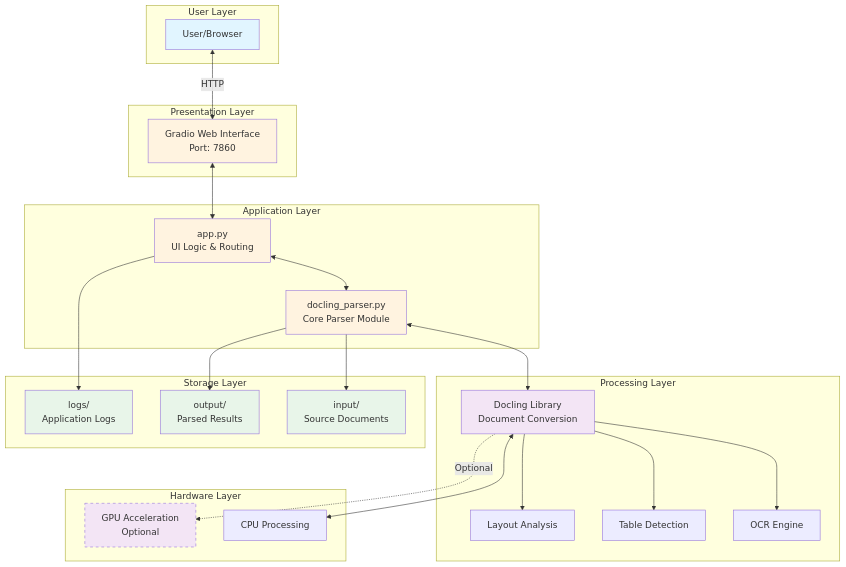
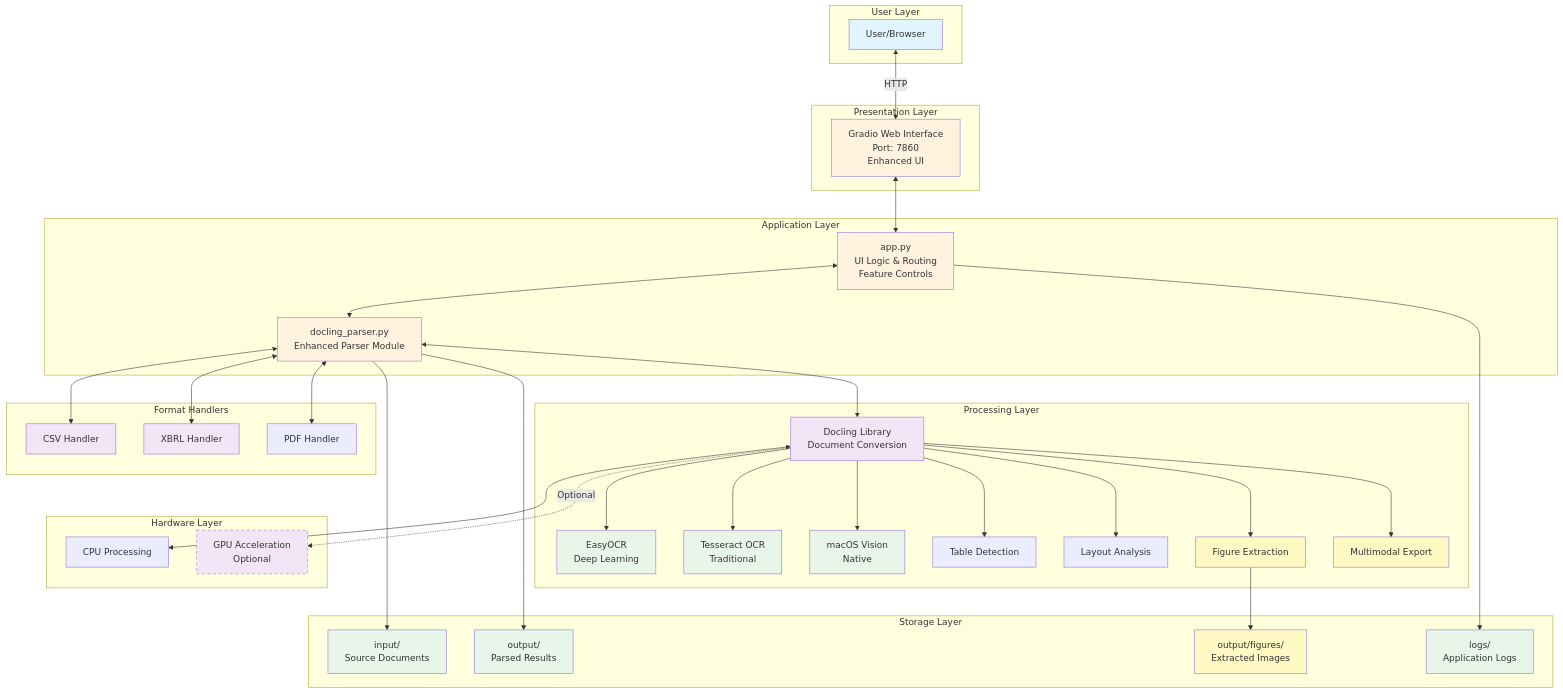
The first of 3 diagrams in docs/ARCHITECTURE.md (aairom/docling-factory), drawn with Mermaid before and after one commit. The commit also changed other lines of this file and 17 other files, not shown here.

````diff
--- a/docs/ARCHITECTURE.md
+++ b/docs/ARCHITECTURE.md
@@ -11,19 +11,29 @@
     end
     
     subgraph "Presentation Layer"
-        GRADIO[Gradio Web Interface<br/>Port: 7860]
+        GRADIO[Gradio Web Interface<br/>Port: 7860<br/>Enhanced UI]
     end
     
     subgraph "Application Layer"
-        APP[app.py<br/>UI Logic & Routing]
-        PARSER[docling_parser.py<br/>Core Parser Module]
+        APP[app.py<br/>UI Logic & Routing<br/>Feature Controls]
+        PARSER[docling_parser.py<br/>Enhanced Parser Module]
     end
     
     subgraph "Processing Layer"
         DOCLING[Docling Library<br/>Document Conversion]
-        OCR[OCR Engine]
+        OCR_EASY[EasyOCR<br/>Deep Learning]
+        OCR_TESS[Tesseract OCR<br/>Traditional]
+        OCR_MAC[macOS Vision<br/>Native]
         TABLE[Table Detection]
         LAYOUT[Layout Analysis]
+        FIG_EXT[Figure Extraction]
+        MULTI[Multimodal Export]
+    end
+    
+    subgraph "Format Handlers"
+        CSV_H[CSV Handler]
+        XBRL_H[XBRL Handler]
+        PDF_H[PDF Handler]
     end
     
     subgraph "Hardware Layer"
@@ -34,6 +44,7 @@
     subgraph "Storage Layer"
         INPUT[input/<br/>Source Documents]
         OUTPUT[output/<br/>Parsed Results]
+        FIGURES[output/figures/<br/>Extracted Images]
         LOGS[logs/<br/>Application Logs]
     end
     
@@ -41,13 +52,21 @@
     GRADIO <--> APP
     APP <--> PARSER
     PARSER <--> DOCLING
-    DOCLING --> OCR
+    PARSER <--> CSV_H
+    PARSER <--> XBRL_H
+    PARSER <--> PDF_H
+    DOCLING --> OCR_EASY
+    DOCLING --> OCR_TESS
+    DOCLING --> OCR_MAC
     DOCLING --> TABLE
     DOCLING --> LAYOUT
+    DOCLING --> FIG_EXT
+    DOCLING --> MULTI
     DOCLING <--> CPU
     DOCLING -.->|Optional| GPU
     PARSER --> INPUT
     PARSER --> OUTPUT
+    FIG_EXT --> FIGURES
     APP --> LOGS
     
     style USER fill:#e1f5ff
@@ -55,8 +74,16 @@
     style APP fill:#fff3e0
     style PARSER fill:#fff3e0
     style DOCLING fill:#f3e5f5
+    style OCR_EASY fill:#e8f5e9
+    style OCR_TESS fill:#e8f5e9
+    style OCR_MAC fill:#e8f5e9
+    style FIG_EXT fill:#fff9c4
+    style MULTI fill:#fff9c4
+    style CSV_H fill:#f3e5f5
+    style XBRL_H fill:#f3e5f5
     style GPU fill:#f3e5f5,stroke-dasharray: 5 5
     style INPUT fill:#e8f5e9
     style OUTPUT fill:#e8f5e9
+    style FIGURES fill:#fff9c4
     style LOGS fill:#e8f5e9
 ```
````
